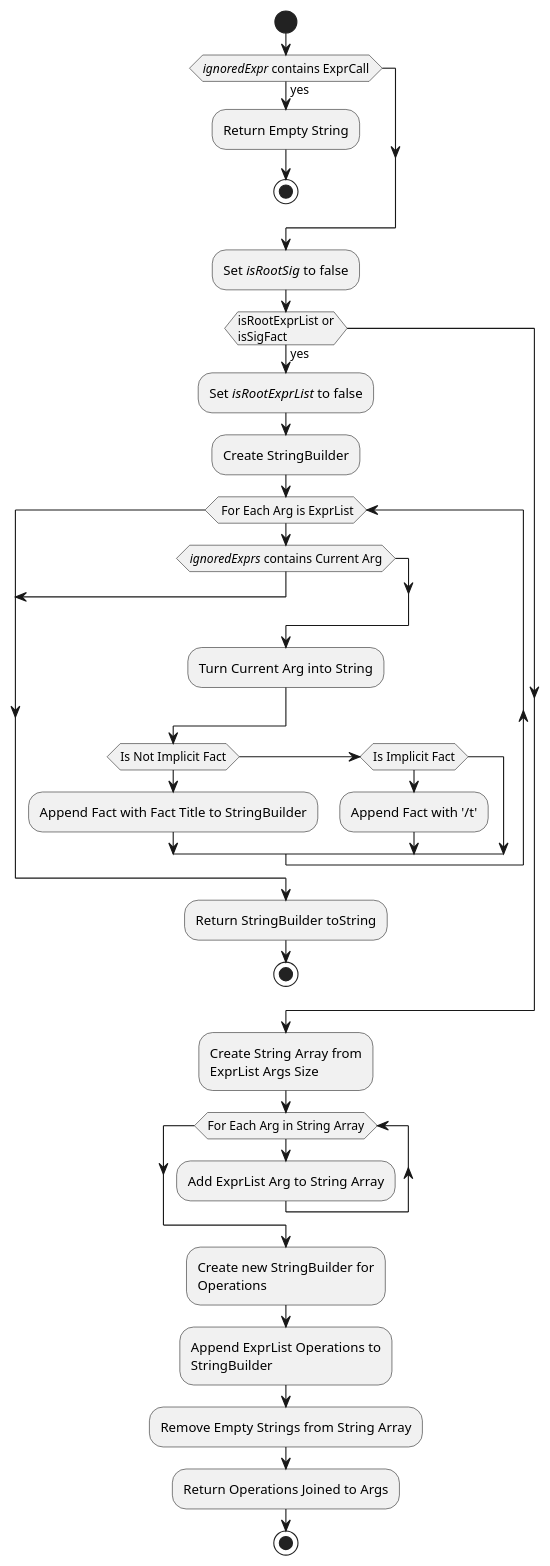
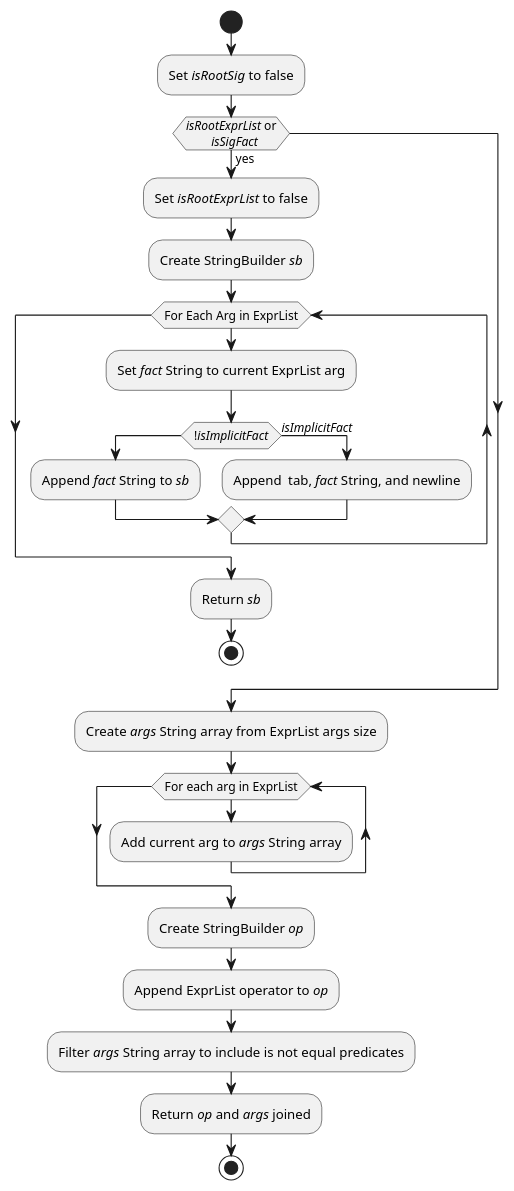
The diagram in src/main/javadoc/edu/gatech/gtri/obm/alloy/translator/doc-files/ExprVisitor_visitExprList.puml (ontological-behavior-modeling/tester), drawn with PlantUML before and after one commit. The commit also changed 12 other files, not shown here.

```diff
--- a/src/main/javadoc/edu/gatech/gtri/obm/alloy/translator/doc-files/ExprVisitor_visitExprList.puml
+++ b/src/main/javadoc/edu/gatech/gtri/obm/alloy/translator/doc-files/ExprVisitor_visitExprList.puml
@@ -1,38 +1,28 @@
 @startuml
 start
-if(//ignoredExpr// contains ExprCall) then (yes)
-:Return Empty String;
-stop
+:Set //isRootSig// to false;
+if(//isRootExprList// or
+	//isSigFact//) then (yes)
+	:Set //isRootExprList// to false;
+	:Create StringBuilder //sb//;
+	while(For Each Arg in ExprList)
+		:Set //fact// String to current ExprList arg;
+		if(!//isImplicitFact//)
+			:Append //fact// String to //sb//;
+		else(//isImplicitFact//)
+			:Append	tab, //fact// String, and newline;
+		endif
+	endwhile
+	:Return //sb//;
+	stop
 endif
-:Set //isRootSig// to false;
-if(isRootExprList or
-isSigFact) then (yes)
-:Set //isRootExprList// to false;
-:Create StringBuilder;
-while( For Each Arg is ExprList)
-if(//ignoredExprs// contains Current Arg)
-break
-endif
-:Turn Current Arg into String;
-if(Is Not Implicit Fact)
-:Append Fact with Fact Title to StringBuilder;
-elseif (Is Implicit Fact)
-:Append Fact with '/t';
-endif
+:Create //args// String array from ExprList args size;
+while(For each arg in ExprList)
+	:Add current arg to //args// String array;
 endwhile
-:Return StringBuilder toString;
-stop
-endif
-:Create String Array from 
-ExprList Args Size;
-while(For Each Arg in String Array)
-:Add ExprList Arg to String Array;
-endwhile
-:Create new StringBuilder for 
-Operations;
-:Append ExprList Operations to 
-StringBuilder;
-:Remove Empty Strings from String Array;
-:Return Operations Joined to Args;
+:Create StringBuilder //op//;
+:Append ExprList operator to //op//;
+:Filter //args// String array to include is not equal predicates;
+:Return //op// and //args// joined;
 stop
 @enduml
```
